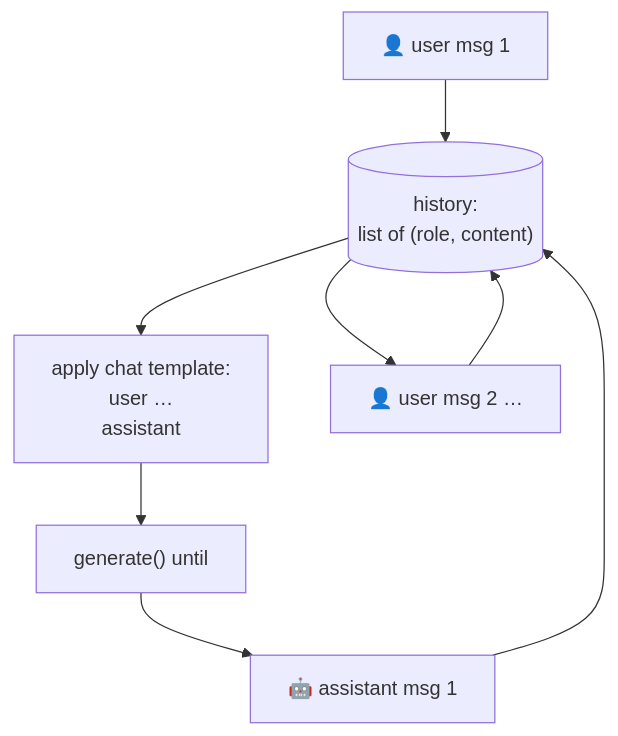
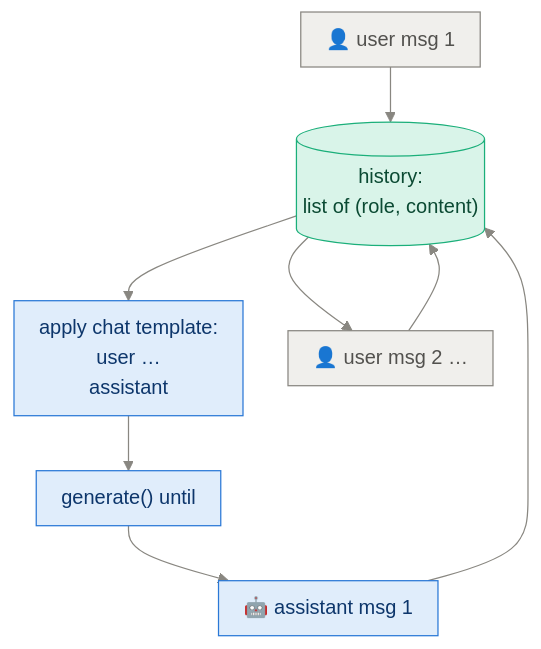
The first of 3 diagrams in study_guide/appendix_chat_interface.md (sudhanshu-shivam-dev/reasoning_model_from_scratch), drawn with Mermaid before and after one commit. The commit also changed other lines of this file and 14 other files, not shown here.

First line of the commit message:
Restyle all 54 diagrams: consistent palette, semantic colors, better spacing

````diff
--- a/study_guide/appendix_chat_interface.md
+++ b/study_guide/appendix_chat_interface.md
@@ -16,9 +16,14 @@
 ```mermaid
+%%{init: {"theme":"base","themeVariables":{"primaryColor":"#e0edfb","primaryTextColor":"#0d366b","primaryBorderColor":"#2a78d6","lineColor":"#898781","textColor":"#52514e","edgeLabelBackground":"#f0efec","clusterBkg":"rgba(137,135,129,0.07)","clusterBorder":"#a9a7a0","titleColor":"#898781"},"flowchart":{"nodeSpacing":36,"rankSpacing":44,"curve":"basis","padding":10}}}%%
 flowchart TB
     U1["👤 user msg 1"] --> H[("history:<br/>list of (role, content)")]
     H --> FMT["apply chat template:<br/><im_start>user … <im_end><br/><im_start>assistant"]
     FMT --> GEN["generate() until <im_end>"]
     GEN --> A1["🤖 assistant msg 1"]
     A1 --> H
     H --> U2["👤 user msg 2 …"] --> H
+    classDef dim fill:#f0efec,stroke:#898781,color:#52514e
+    classDef data fill:#d9f4e9,stroke:#1baf7a,color:#0b4a33
+    class U1,U2 dim
+    class H data
 ```
````
